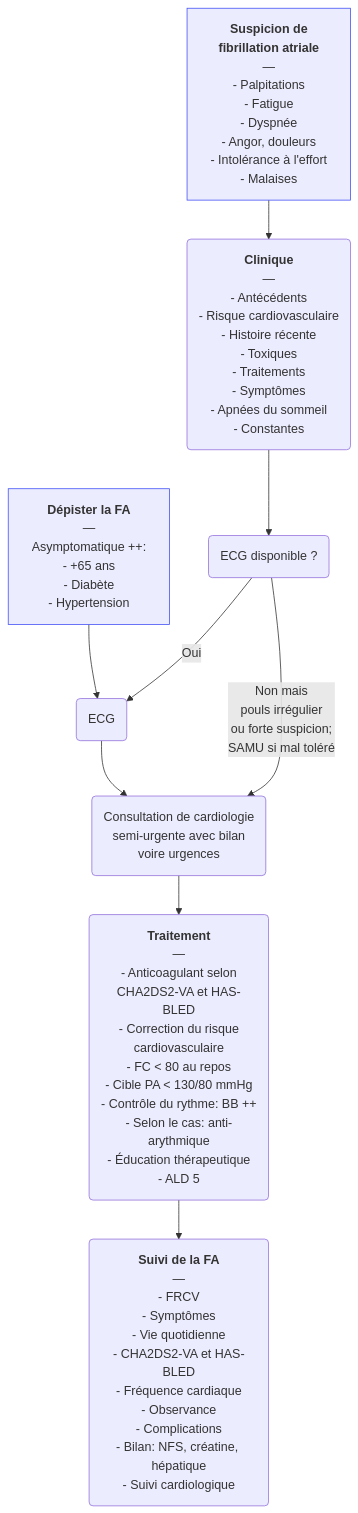
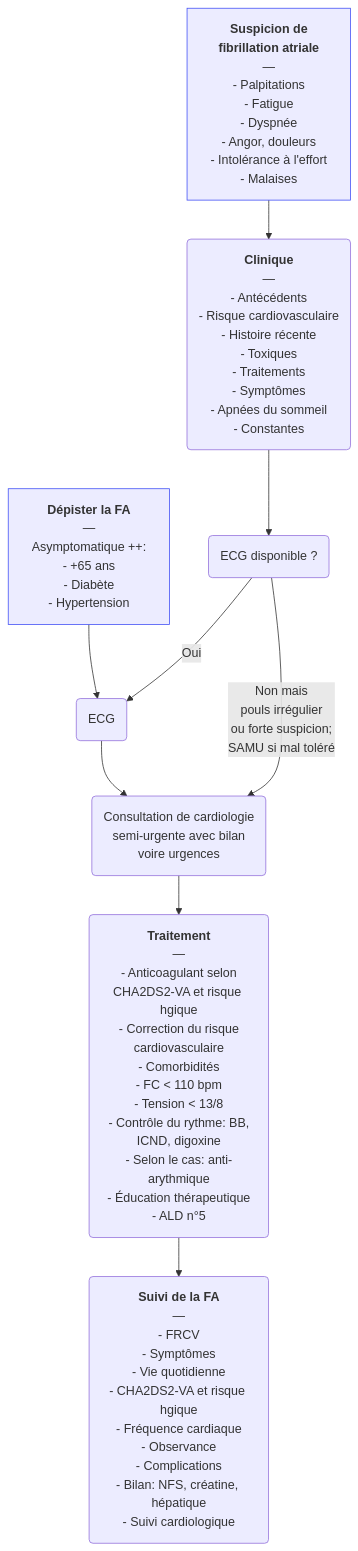
One commit to djibe/recommandations-medicales changed the diagram in content/recommandations/fibrillation-atriale.md. Above: the diagram before and after it, drawn with Mermaid. The commit also changed other lines of this file and 2 other files, not shown here.

```diff
--- a/content/recommandations/fibrillation-atriale.md
+++ b/content/recommandations/fibrillation-atriale.md
@@ -399,8 +391,8 @@
 {{< mermaid title="Prise en charge de la fibrillation atriale par le médecin généraliste. Drs Alaedine Benani et JB Fron d'après ESC, ESH et HAS" >}}
 graph TB
-  dépistage["<b>Dépister la FA</b><br>—<br>Asymptomatique ++:<br>- +65 ans<br>- Diabète<br>- Hypertension"] --> ECG(ECG) --> cardiologue("Consultation de cardiologie<br>semi-urgente avec bilan<br>voire urgences") --> traitement("<b>Traitement</b><br>—<br>- Anticoagulant selon<br>CHA2DS2-VA et HAS-BLED<br>- Correction du risque<br>cardiovasculaire<br>- FC &lt; 80 au repos<br>- Cible PA &lt; 130/80 mmHg<br>- Contrôle du rythme: BB ++<br>- Selon le cas: anti-arythmique<br>- Éducation thérapeutique<br>- ALD 5")  --> suivi("<b>Suivi de la FA</b><br>—<br>- FRCV<br>- Symptômes<br>- Vie quotidienne<br>- CHA2DS2-VA et HAS-BLED<br>- Fréquence cardiaque<br>- Observance<br>- Complications<br>- Bilan: NFS, créatine, hépatique<br>- Suivi cardiologique")
+  dépistage["<b>Dépister la FA</b><br>—<br>Asymptomatique ++:<br>- +65 ans<br>- Diabète<br>- Hypertension"] --> ECG(ECG) --> cardiologue("Consultation de cardiologie<br>semi-urgente avec bilan<br>voire urgences") --> traitement("<b>Traitement</b><br>—<br>- Anticoagulant selon<br>CHA2DS2-VA et risque hgique<br>- Correction du risque<br>cardiovasculaire<br>- Comorbidités<br>- FC &lt; 110 bpm<br>- Tension &lt; 13/8<br>- Contrôle du rythme: BB,<br>ICND, digoxine<br>- Selon le cas: anti-arythmique<br>- Éducation thérapeutique<br>- ALD n°5")  --> suivi("<b>Suivi de la FA</b><br>—<br>- FRCV<br>- Symptômes<br>- Vie quotidienne<br>- CHA2DS2-VA et risque hgique<br>- Fréquence cardiaque<br>- Observance<br>- Complications<br>- Bilan: NFS, créatine, hépatique<br>- Suivi cardiologique")
   suspicion["<b>Suspicion de<br>fibrillation atriale</b><br>—<br>- Palpitations<br>- Fatigue<br>- Dyspnée<br>- Angor, douleurs<br>- Intolérance à l'effort<br>- Malaises"] --> clinique("<b>Clinique</b><br>—<br>- Antécédents<br>- Risque cardiovasculaire<br>- Histoire récente<br>- Toxiques<br>- Traitements<br>- Symptômes<br>- Apnées du sommeil<br>- Constantes") --> disponible("ECG disponible ?") -- Oui --> ECG
     disponible -- "Non mais<br>pouls irrégulier<br>ou forte suspicion;<br>SAMU si mal toléré" --> cardiologue
   style dépistage stroke:#4150f5, stroke-width:1px
   style suspicion stroke:#4150f5, stroke-width:1px
 {{< /mermaid >}}
```
